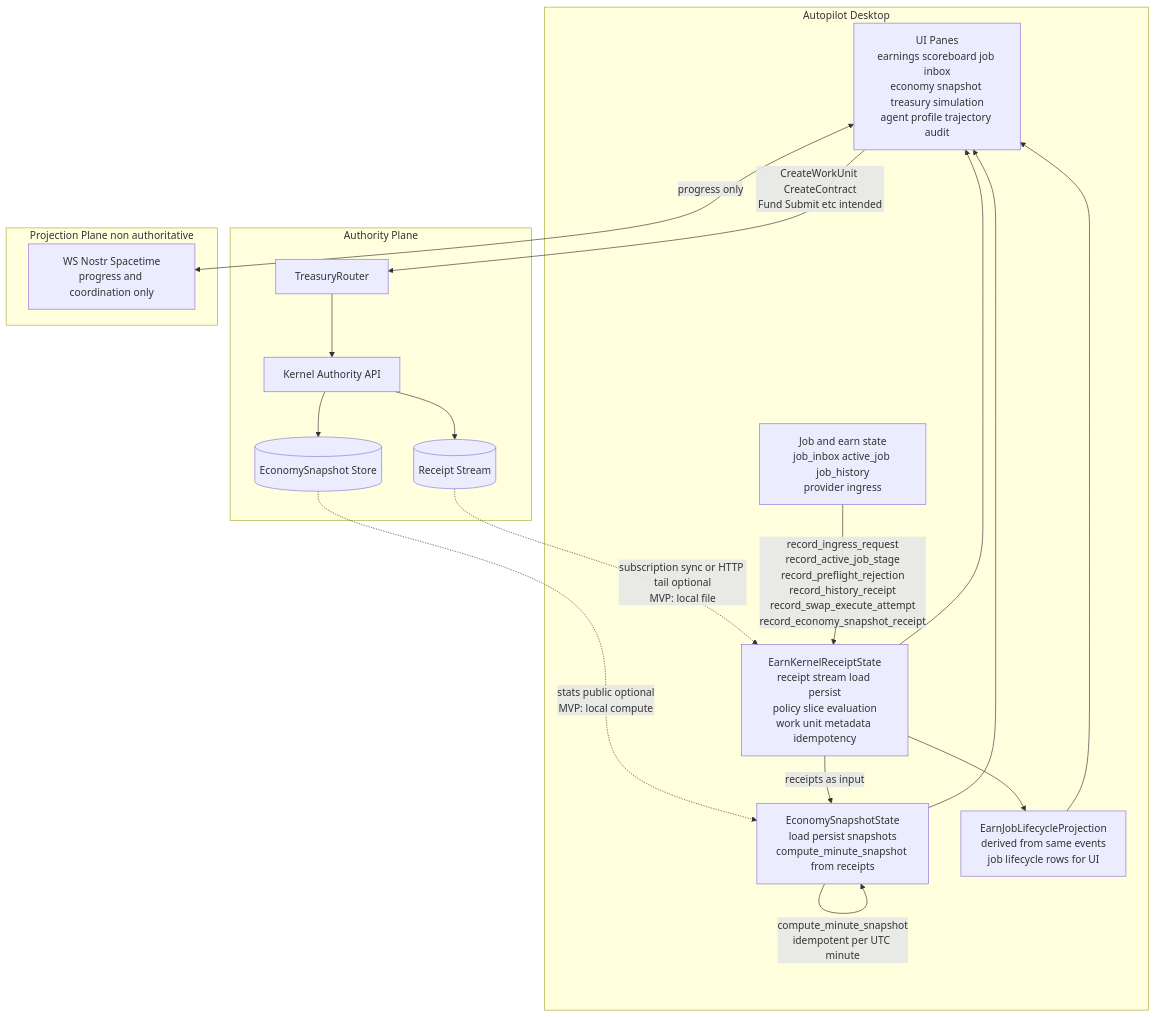
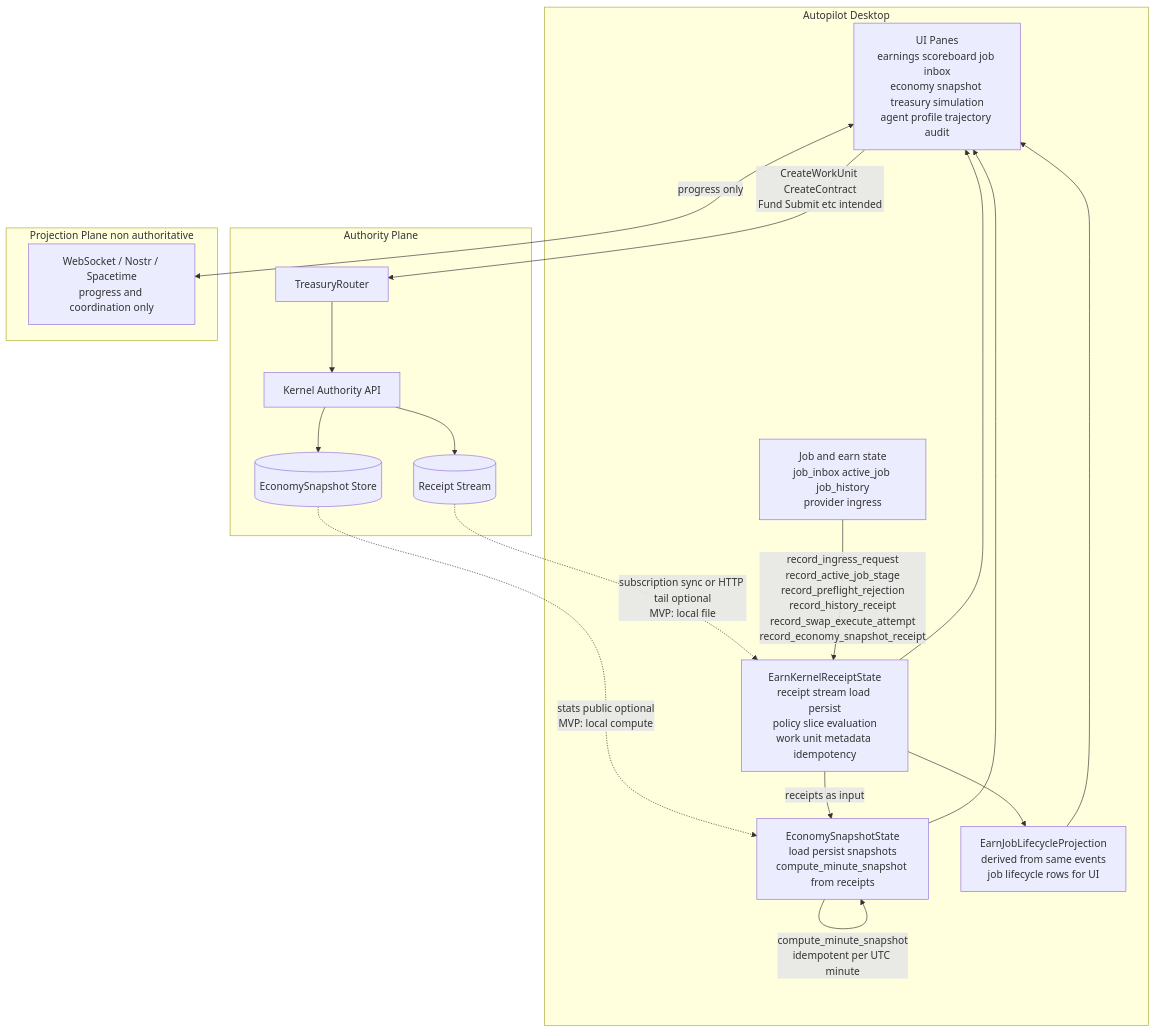
One commit to OpenAgentsInc/openagents changed the eighth of 8 diagrams in docs/plans/diagram.md. Above: the diagram before and after it, drawn with Mermaid. The commit also changed other lines of this file and 2 other files, not shown here.

First line of the commit message:
docs: separate Nostr and Spacetime in economy-kernel wording

````diff
--- a/docs/plans/diagram.md
+++ b/docs/plans/diagram.md
@@ -627,43 +627,43 @@
 ```mermaid
 flowchart TB
   subgraph AP[Autopilot Desktop]
     UI[UI Panes<br/>earnings scoreboard job inbox<br/>economy snapshot treasury simulation<br/>agent profile trajectory audit]
     EKR[EarnKernelReceiptState<br/>receipt stream load persist<br/>policy slice evaluation<br/>work unit metadata idempotency]
     ESN[EconomySnapshotState<br/>load persist snapshots<br/>compute_minute_snapshot from receipts]
     EJP[EarnJobLifecycleProjection<br/>derived from same events<br/>job lifecycle rows for UI]
     JOB[Job and earn state<br/>job_inbox active_job job_history<br/>provider ingress]
   end
 
   subgraph AUTH[Authority Plane]
     TR[TreasuryRouter]
     K[Kernel Authority API]
     RS[(Receipt Stream)]
     SS[(EconomySnapshot Store)]
   end
 
   subgraph PROJ[Projection Plane non authoritative]
-    WS[WS Nostr Spacetime<br/>progress and coordination only]
+    WS[WebSocket / Nostr / Spacetime<br/>progress and coordination only]
   end
 
   %% User actions: future HTTP commands to kernel
   UI -->|CreateWorkUnit CreateContract<br/>Fund Submit etc intended| TR
   TR --> K
   K --> RS
   K --> SS
 
   %% Receipt stream and snapshot: where they come from
   RS -.->|subscription sync or HTTP tail optional<br/>MVP: local file| EKR
   SS -.->|stats public optional<br/>MVP: local compute| ESN
   EKR -->|receipts as input| ESN
   ESN -->|compute_minute_snapshot<br/>idempotent per UTC minute| ESN
 
   %% Local recording: app emits receipts for job lifecycle
   JOB -->|record_ingress_request<br/>record_active_job_stage<br/>record_preflight_rejection<br/>record_history_receipt<br/>record_swap_execute_attempt<br/>record_economy_snapshot_receipt| EKR
   EKR --> EJP
   EKR --> UI
   ESN --> UI
   EJP --> UI
 
   %% Progress only
   UI <-->|progress only| WS
 ```
````
